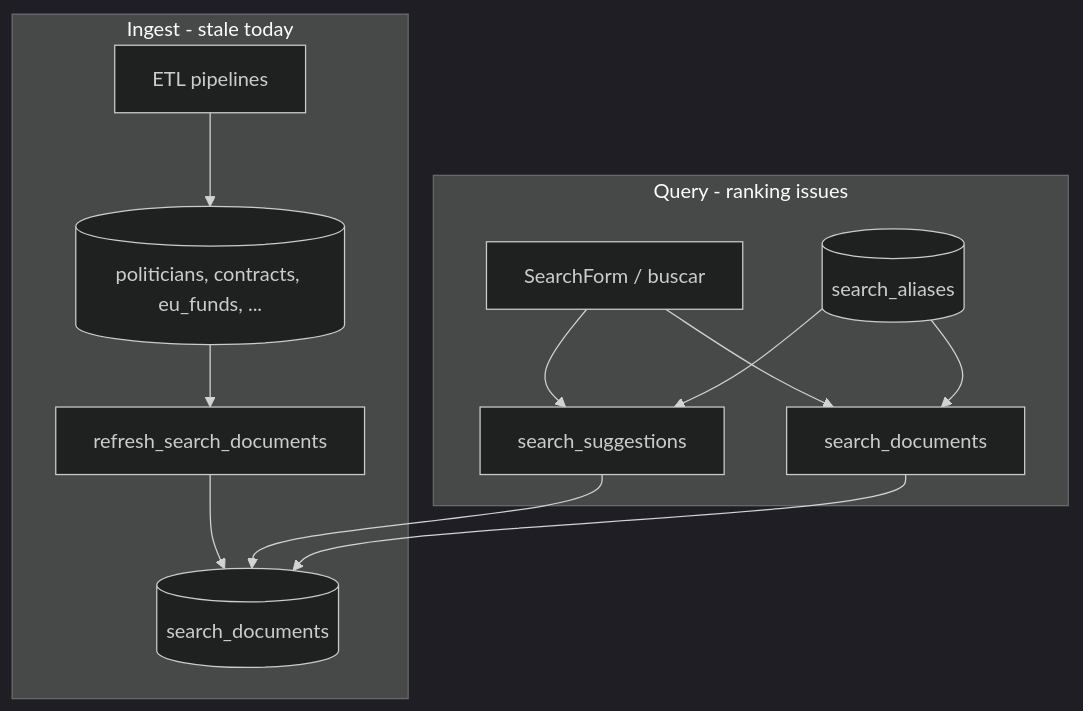
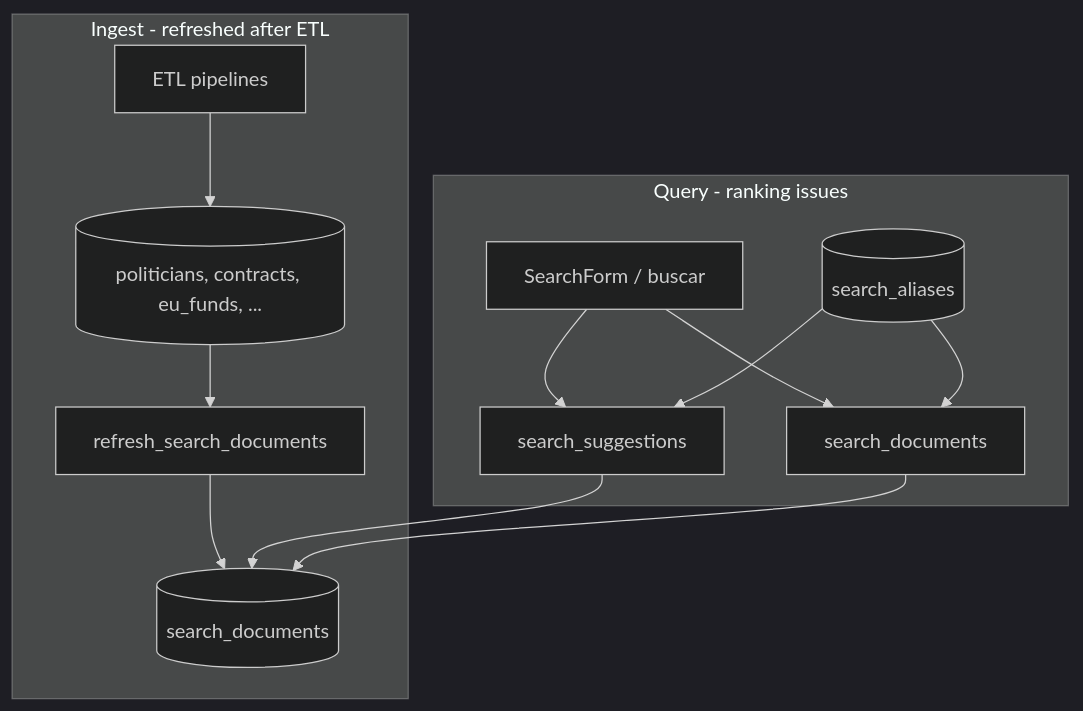
One commit to Arzuparreta/espana-transparente changed the first of 2 diagrams in SEARCH_REWORK_PLAN.md. Above: the diagram before and after it, drawn with Mermaid (dark theme). The commit also changed other lines of this file, not shown here.

````diff
--- a/SEARCH_REWORK_PLAN.md
+++ b/SEARCH_REWORK_PLAN.md
@@ -71,31 +124,31 @@
 ```mermaid
 
 flowchart TB
 
-  subgraph ingest [Ingest - stale today]
+  subgraph ingest [Ingest - refreshed after ETL]
 
     ETL[ETL pipelines] --> Tables[(politicians, contracts, eu_funds, ...)]
 
     Tables --> Refresh[refresh_search_documents]
 
     Refresh --> Corpus[(search_documents)]
 
   end
 
   subgraph query [Query - ranking issues]
 
     UI[SearchForm / buscar] --> Suggest[search_suggestions]
 
     UI --> Full[search_documents]
 
     Suggest --> Corpus
 
     Full --> Corpus
 
     Aliases[(search_aliases)] --> Suggest
 
     Aliases --> Full
 
   end
 
 ```
````
